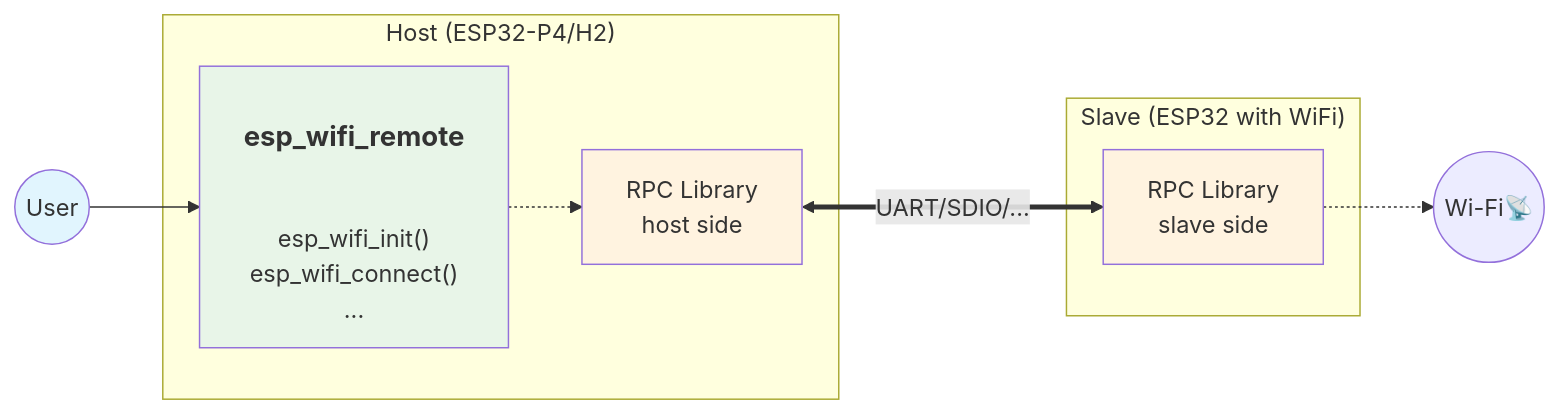
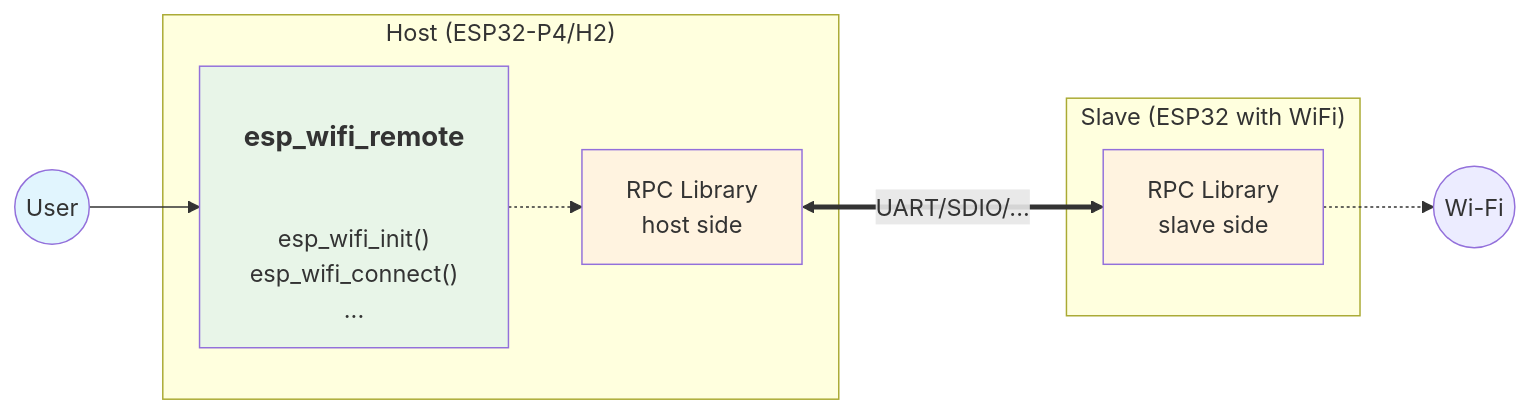
One commit to espressif/developer-portal changed the second of 4 diagrams in content/blog/2025/08/esp-wifi-remote/index.md. Above: the diagram before and after it, drawn with Mermaid. The commit also changed other lines of this file, not shown here.

````diff
--- a/content/blog/2025/08/esp-wifi-remote/index.md
+++ b/content/blog/2025/08/esp-wifi-remote/index.md
@@ -56,22 +56,22 @@
 ```mermaid
 graph LR
     U((User)) --> REMOTE["<h3>esp_wifi_remote</h3><br/>esp_wifi_init()<br/>esp_wifi_connect()<br/>..."]
 
     subgraph "Host (ESP32-P4/H2)"
         REMOTE -.-> RPC[RPC Library<br/>host side]
     end
 
 
     subgraph "Slave (ESP32 with WiFi)"
         RPC <==UART/SDIO/...==> SLAVE_RPC
     end
 
     SLAVE_RPC[RPC Library<br/>slave side] -.-> ANT
-    ANT((Wi-Fi📡))
+    ANT((Wi-Fi))
 
 
     style U fill:#e1f5fe
     style REMOTE fill:#e8f5e8
     style RPC fill:#fff3e0
     style SLAVE_RPC fill:#fff3e0
 ```
````
